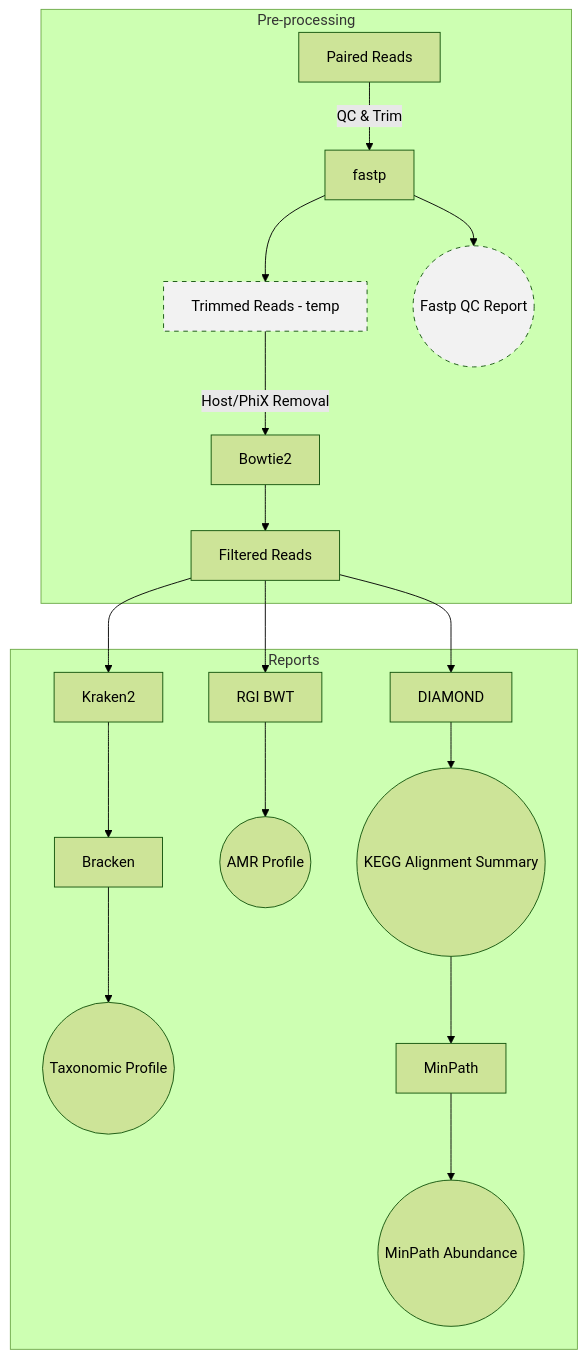
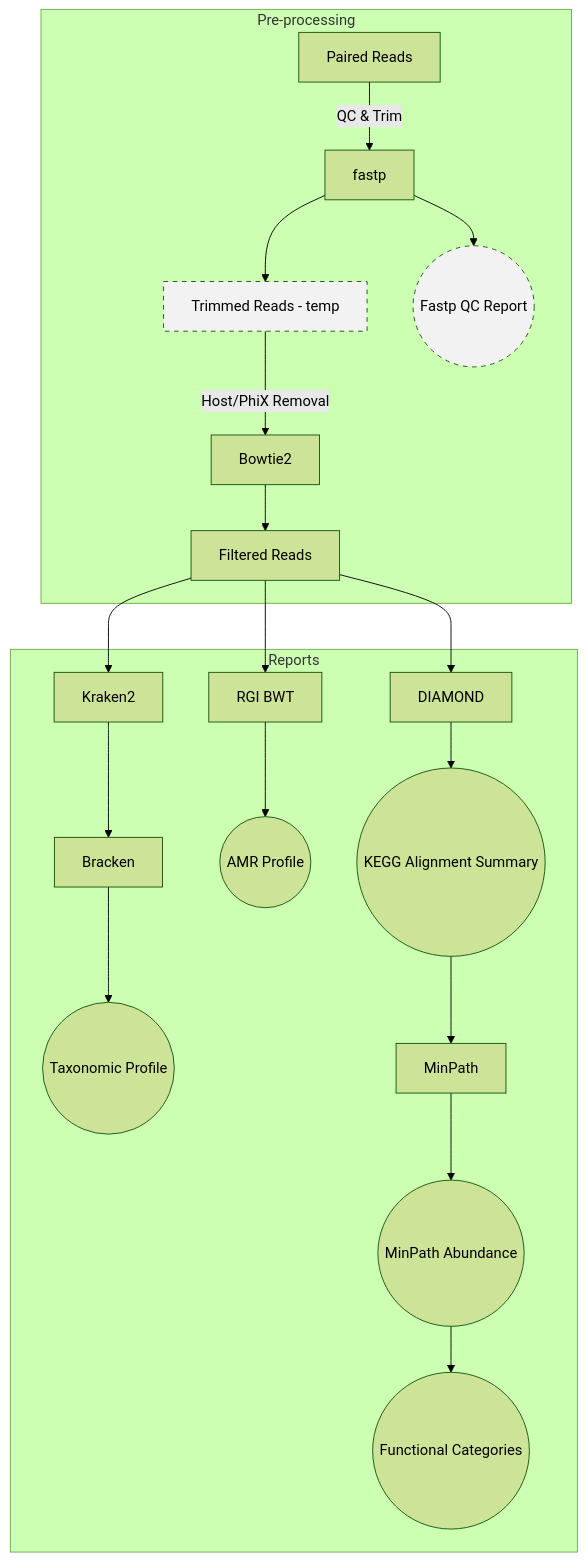
Before and after one commit to AAFC-Bioinfo-AAC/metagenomics-snakemake: the diagram in README.md, drawn with Mermaid (forest theme). The commit also changed other lines of this file and 6 other files, not shown here.

````diff
--- a/README.md
+++ b/README.md
@@ -73,29 +73,30 @@
 ```mermaid
 flowchart TD
 
     subgraph PREPROC [Pre-processing]
         A[Paired Reads] -->|QC & Trim| B[fastp]
         B --> C[Trimmed Reads - temp]
         B --> L((Fastp QC Report))
         C -->|Host/PhiX Removal| D[Bowtie2]
         D --> E[Filtered Reads]
     end
 
     subgraph QC_REPORTS [Reports]
         E --> M[Kraken2]
         M --> N[Bracken]
         N --> O((Taxonomic Profile))
 
         E --> W[RGI BWT]
         W --> Q((AMR Profile))
 
         E --> R[DIAMOND]
         R --> S((KEGG Alignment Summary))
         S --> T[MinPath]
         T --> U((MinPath Abundance))
+        U --> v((Functional Categories))
     end
 
     %% TEMP FILE STYLING
     style C fill:#f2f2f2,stroke-dasharray: 5 5
     style L fill:#f2f2f2,stroke-dasharray: 5 5
 ```
````
